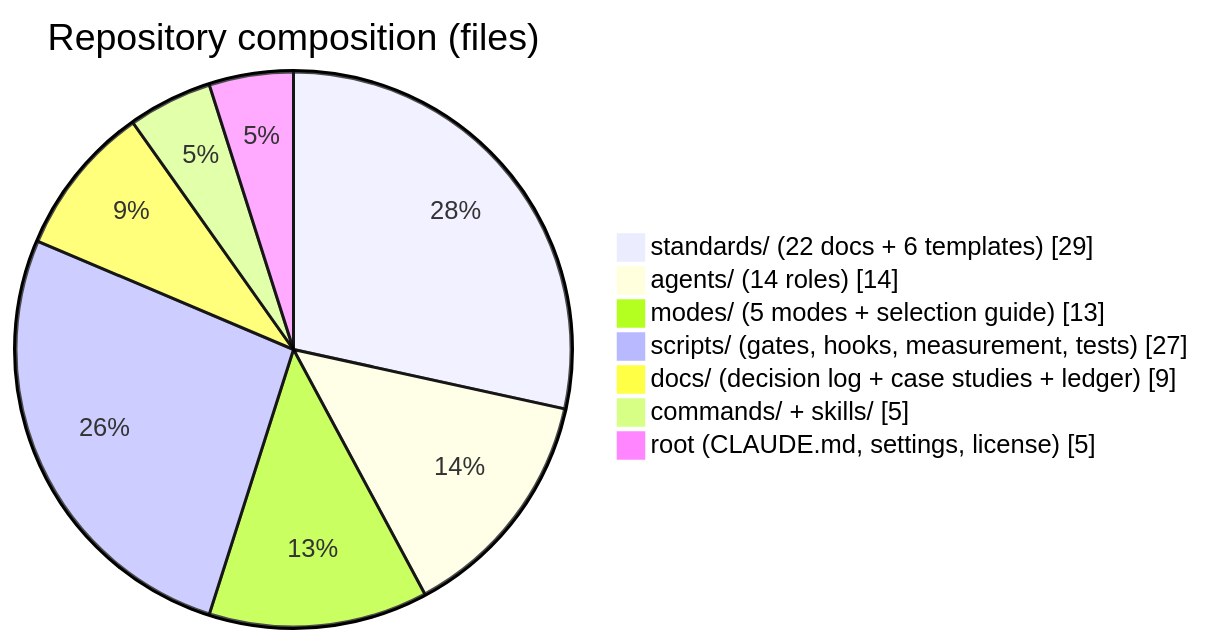
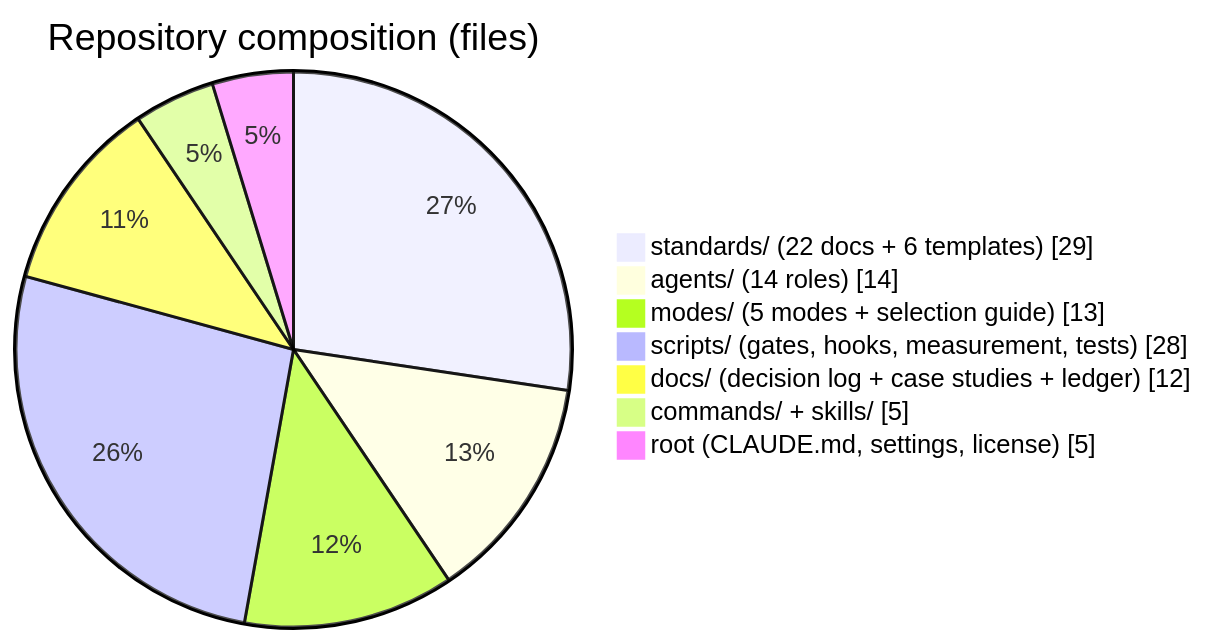
Before and after one commit to adyusuf/claude-code-standards: the first of 2 diagrams in README.md, drawn with Mermaid. The commit also changed other lines of this file and 5 other files, not shown here.

````diff
--- a/README.md
+++ b/README.md
@@ -18,10 +18,10 @@
 ```mermaid
 pie showData title Repository composition (files)
  "standards/ (22 docs + 6 templates)" : 29
  "agents/ (14 roles)" : 14
  "modes/ (5 modes + selection guide)" : 13
- "scripts/ (gates, hooks, measurement, tests)" : 27
- "docs/ (decision log + case studies + ledger)" : 9
+ "scripts/ (gates, hooks, measurement, tests)" : 28
+ "docs/ (decision log + case studies + ledger)" : 12
  "commands/ + skills/" : 5
  "root (CLAUDE.md, settings, license)" : 5
 ```
````
